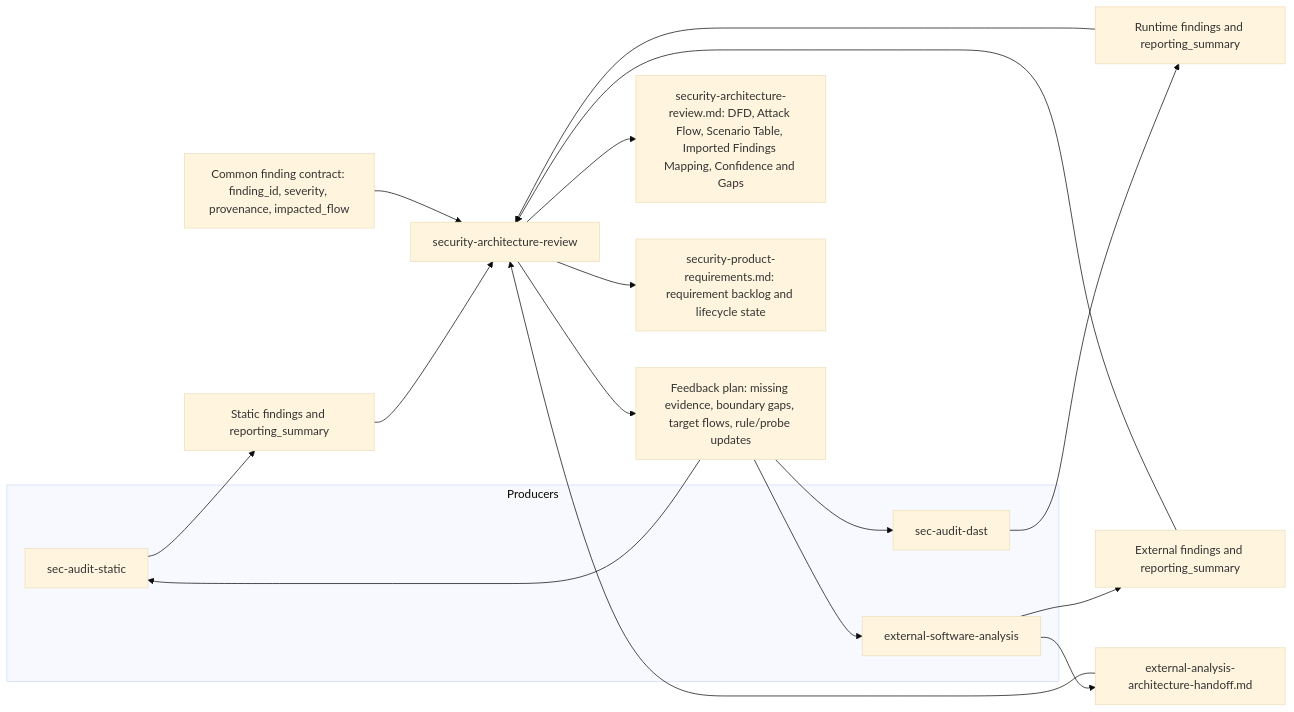
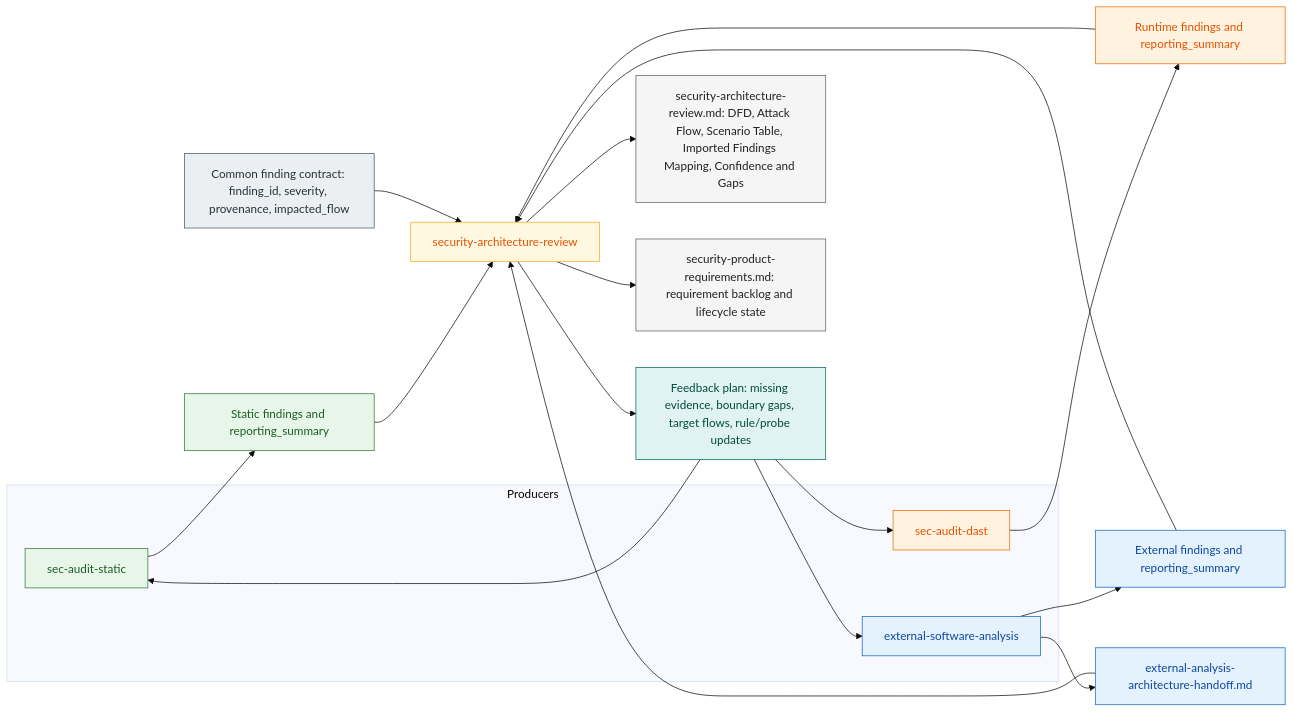
Before and after one commit to windshock/oh-my-secuaudit: the diagram in README.md, drawn with Mermaid (base theme). The commit also changed other lines of this file and 2 other files, not shown here.

Commit message:
Enhance relationship map visuals and add release notes and roadmap

````diff
--- a/README.md
+++ b/README.md
@@ -23,29 +23,45 @@
 ```mermaid
 flowchart LR
     subgraph Producers
         S["sec-audit-static"]
         D["sec-audit-dast"]
         E["external-software-analysis"]
     end
 
     S --> SO["Static findings and reporting_summary"]
     D --> DO["Runtime findings and reporting_summary"]
     E --> EO["External findings and reporting_summary"]
     E --> EH["external-analysis-architecture-handoff.md"]
 
     C["Common finding contract: finding_id, severity, provenance, impacted_flow"]
 
     SO --> R["security-architecture-review"]
     DO --> R
     EO --> R
     EH --> R
     C --> R
 
     R --> FB["Feedback plan: missing evidence, boundary gaps, target flows, rule/probe updates"]
     FB --> S
     FB --> D
     FB --> E
 
     R --> O["security-architecture-review.md: DFD, Attack Flow, Scenario Table, Imported Findings Mapping, Confidence and Gaps"]
     R --> P["security-product-requirements.md: requirement backlog and lifecycle state"]
+
+    classDef static fill:#e8f5e9,stroke:#2e7d32,color:#1b5e20;
+    classDef runtime fill:#fff3e0,stroke:#ef6c00,color:#e65100;
+    classDef external fill:#e3f2fd,stroke:#1565c0,color:#0d47a1;
+    classDef review fill:#fff8e1,stroke:#f9a825,color:#e65100;
+    classDef contract fill:#eceff1,stroke:#455a64,color:#263238;
+    classDef artifact fill:#f5f5f5,stroke:#616161,color:#212121;
+    classDef feedback fill:#e0f2f1,stroke:#00695c,color:#004d40;
+
+    class S,SO static;
+    class D,DO runtime;
+    class E,EO,EH external;
+    class R review;
+    class C contract;
+    class O,P artifact;
+    class FB feedback;
 ```
````
